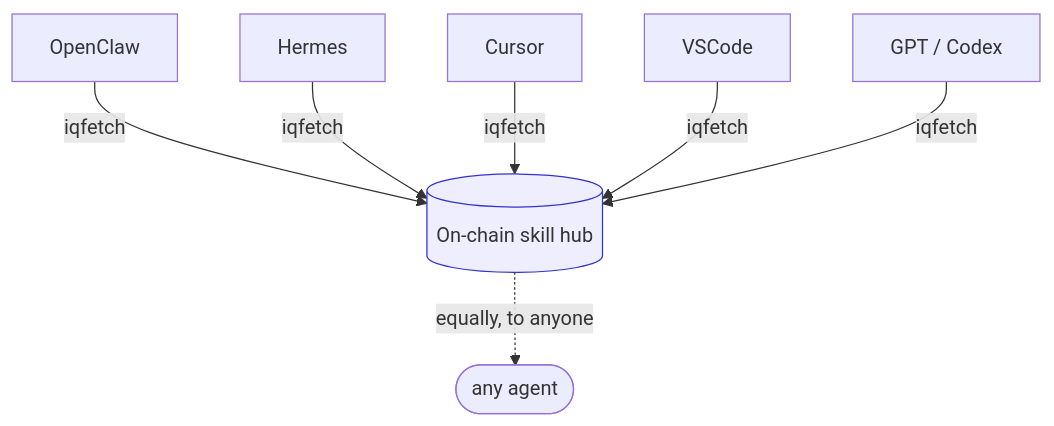
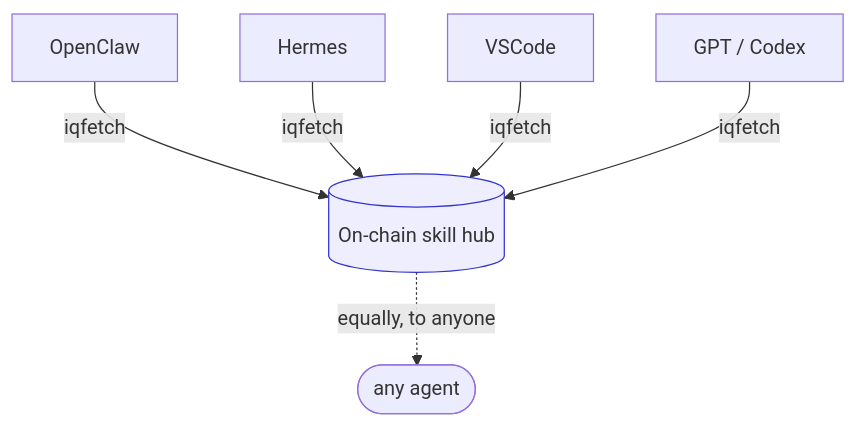
The third of 9 diagrams in README.md (IQCoreTeam/AgentNet), drawn with Mermaid before and after one commit. The commit also changed other lines of this file, not shown here.

First line of the commit message:
docs(readme): early-stage banner; mark OpenClaw/Hermes runtimes as undecided, drop Cursor

````diff
--- a/README.md
+++ b/README.md
@@ -126,11 +128,10 @@
 ```mermaid
 flowchart TB
     Hub[(On-chain skill hub)]
     OpenClaw -->|iqfetch| Hub
     Hermes -->|iqfetch| Hub
-    Cursor -->|iqfetch| Hub
     VSCode -->|iqfetch| Hub
     GPT[GPT / Codex] -->|iqfetch| Hub
     Hub -. equally, to anyone .-> Anyone([any agent])
     style Hub fill:#eef,stroke:#33c
 ```
````
